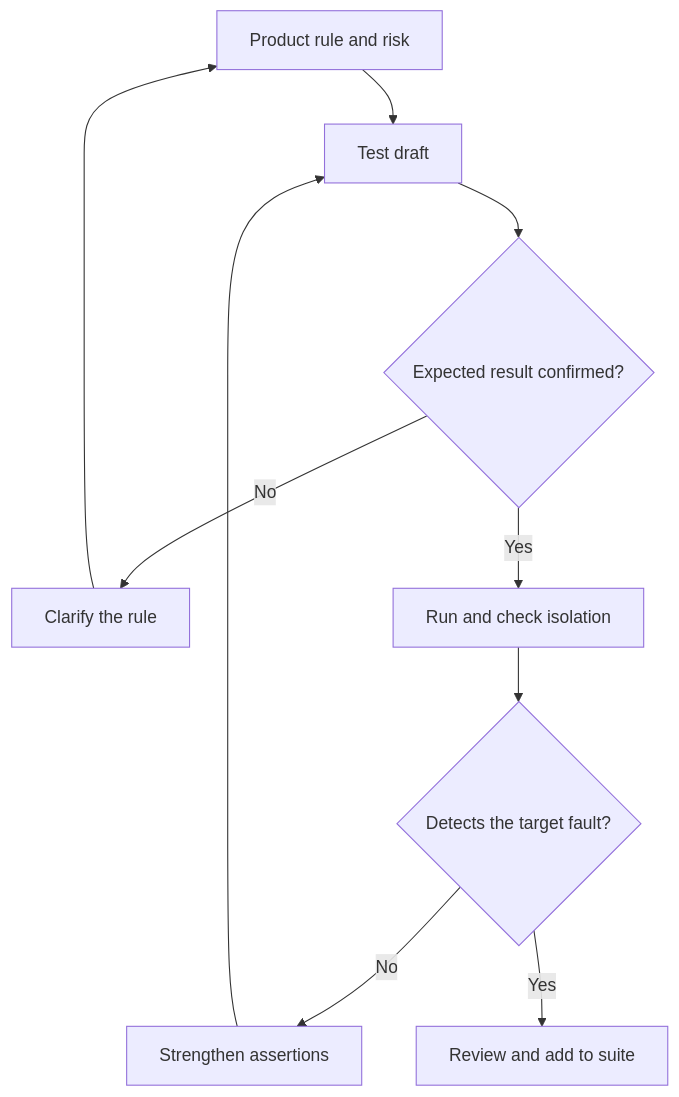
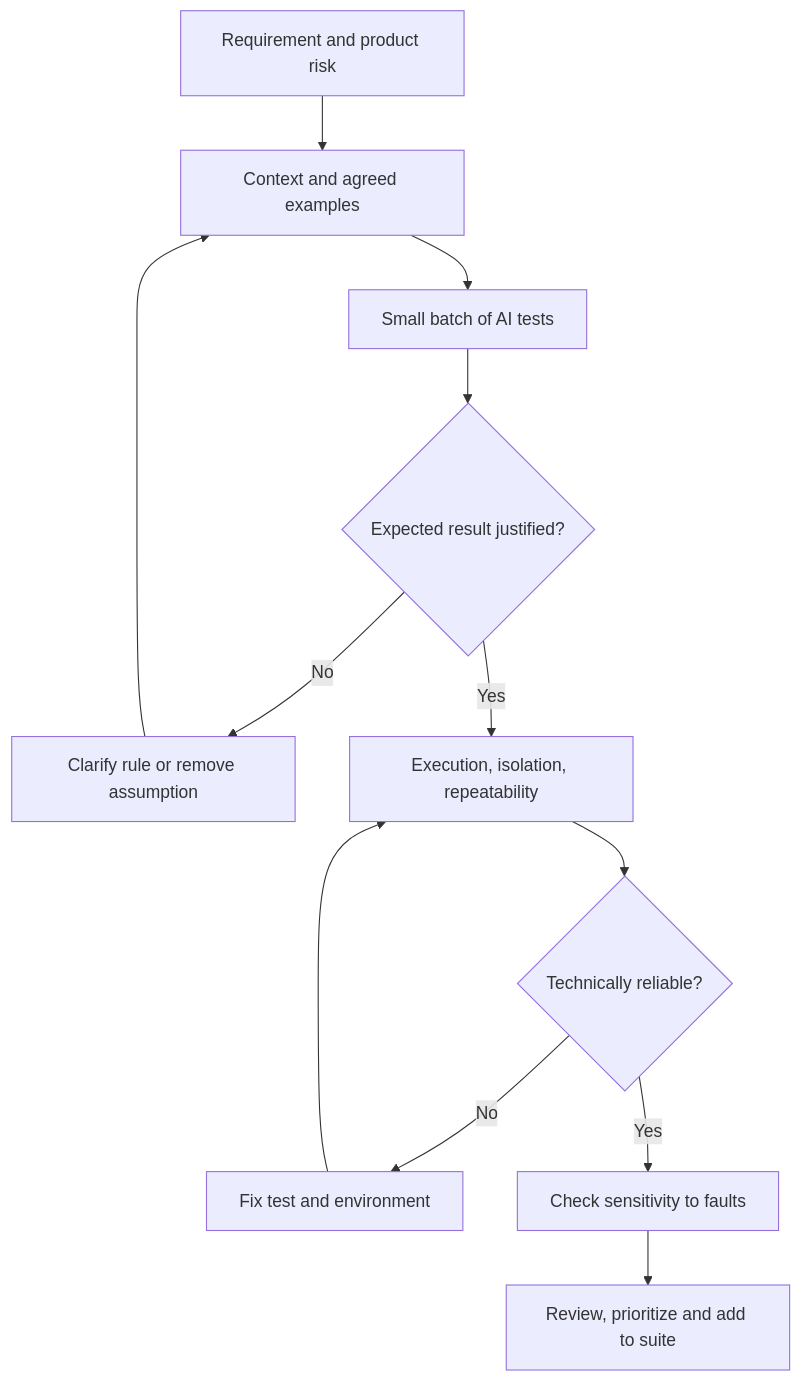
One commit to ImMrSage/QA-AI-Lab changed the diagram in ai/ai-for-testing/ai-generated-tests-quality-gates.md. Above: the diagram before and after it, drawn with Mermaid. The commit also changed other lines of this file and 2 other files, not shown here.

Commit message:
Expand AI test guide with practical review tables and checklist

````diff
--- a/ai/ai-for-testing/ai-generated-tests-quality-gates.md
+++ b/ai/ai-for-testing/ai-generated-tests-quality-gates.md
@@ -20,12 +20,14 @@
 ```mermaid
 flowchart TD
- A[Product rule and risk] --> B[Test draft]
- B --> C{Expected result confirmed?}
- C -->|No| D[Clarify the rule]
- D --> A
- C -->|Yes| E[Run and check isolation]
- E --> F{Detects the target fault?}
- F -->|No| G[Strengthen assertions]
- G --> B
- F -->|Yes| H[Review and add to suite]
+ A[Requirement and product risk] --> B[Context and agreed examples]
+ B --> C[Small batch of AI tests]
+ C --> D{Expected result justified?}
+ D -->|No| E[Clarify rule or remove assumption]
+ E --> B
+ D -->|Yes| F[Execution, isolation, repeatability]
+ F --> G{Technically reliable?}
+ G -->|No| H[Fix test and environment]
+ H --> F
+ G -->|Yes| I[Check sensitivity to faults]
+ I --> J[Review, prioritize and add to suite]
 ```
````
